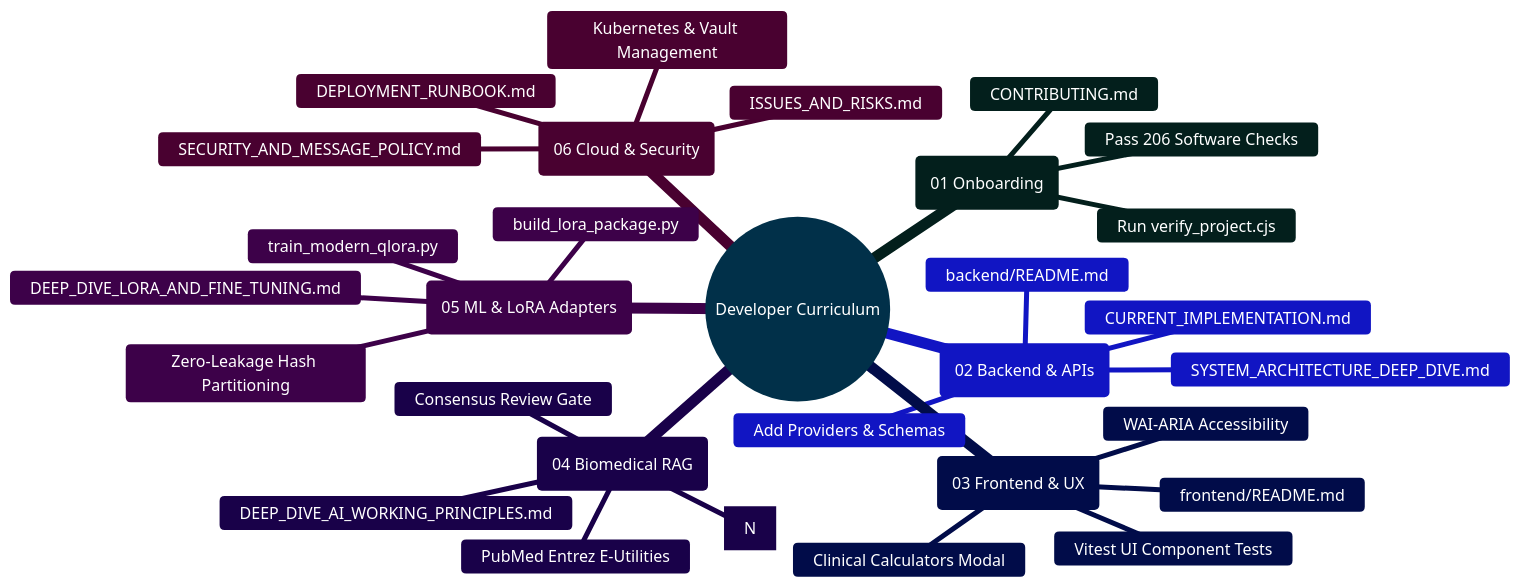
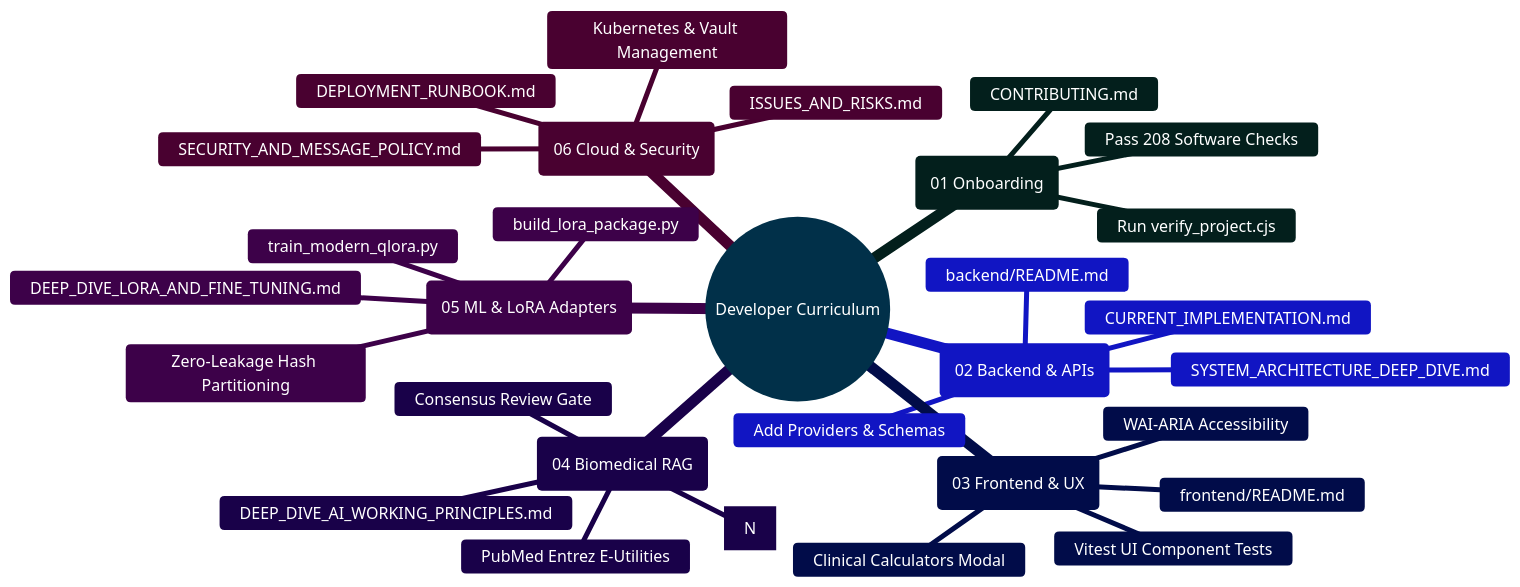
Before and after one commit to Ganesh172919/React-App-LLM: the second of 2 diagrams in docs/README.md, drawn with Mermaid. The commit also changed other lines of this file and 70 other files, not shown here.

````diff
--- a/docs/README.md
+++ b/docs/README.md
@@ -275,35 +279,35 @@
 ```mermaid
 %%{init: {'theme': 'base', 'themeVariables': { 'primaryColor': '#0284c7', 'primaryTextColor': '#ffffff', 'primaryBorderColor': '#0369a1', 'lineColor': '#0284c7', 'secondaryColor': '#0d9488', 'tertiaryColor': '#6366f1' }}}%%
 mindmap
   root((Developer Curriculum))
     ::icon(fa fa-graduation-cap)
     (01 Onboarding)
       CONTRIBUTING.md
       Run verify_project.cjs
-      Pass 206 Software Checks
+      Pass 208 Software Checks
     (02 Backend & APIs)
       CURRENT_IMPLEMENTATION.md
       SYSTEM_ARCHITECTURE_DEEP_DIVE.md
       backend/README.md
       Add Providers & Schemas
     (03 Frontend & UX)
       frontend/README.md
       WAI-ARIA Accessibility
       Clinical Calculators Modal
       Vitest UI Component Tests
     (04 Biomedical RAG)
       DEEP_DIVE_AI_WORKING_PRINCIPLES.md
       PubMed Entrez E-Utilities
       Citation Verifier [N]
       Consensus Review Gate
     (05 ML & LoRA Adapters)
       DEEP_DIVE_LORA_AND_FINE_TUNING.md
       Zero-Leakage Hash Partitioning
       build_lora_package.py
       train_modern_qlora.py
     (06 Cloud & Security)
       DEPLOYMENT_RUNBOOK.md
       SECURITY_AND_MESSAGE_POLICY.md
       ISSUES_AND_RISKS.md
       Kubernetes & Vault Management
 ```
````
